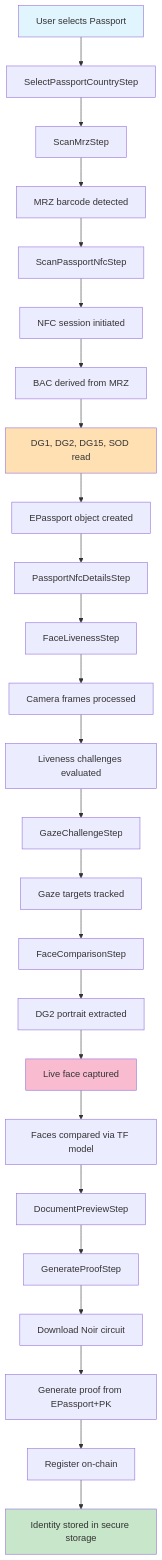
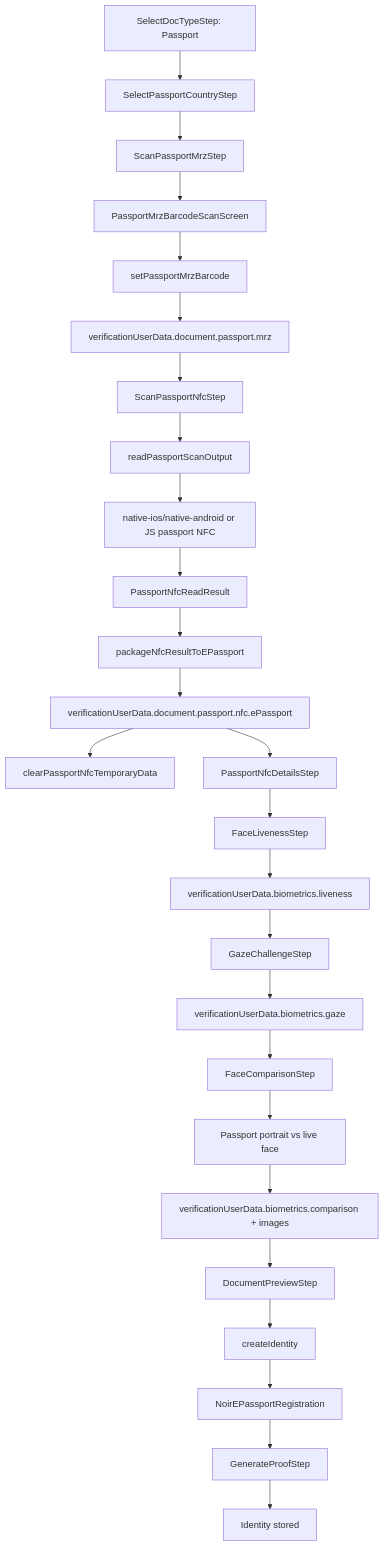
One commit to jomhoor/Jomhoor-wallet changed the first of 2 diagrams in dev-docs/verification-data-flow-audit.md. Above: the diagram before and after it, drawn with Mermaid. The commit also changed other lines of this file and 1 other file, not shown here.

Commit message:
doc - provide required info to proof generator

````diff
--- a/dev-docs/verification-data-flow-audit.md
+++ b/dev-docs/verification-data-flow-audit.md
@@ -221,36 +102,30 @@
 ```mermaid
 graph TD
-    A["User selects Passport"] --> B["SelectPassportCountryStep"]
-    B --> C["ScanMrzStep"]
-    C --> C1["MRZ barcode detected"]
-    C1 --> D["ScanPassportNfcStep"]
+    A["SelectDocTypeStep: Passport"] --> B["SelectPassportCountryStep"]
+    B --> C["ScanPassportMrzStep"]
+    C --> C1["PassportMrzBarcodeScanScreen"]
+    C1 --> C2["setPassportMrzBarcode"]
+    C2 --> C3["verificationUserData.document.passport.mrz"]
+    C3 --> D["ScanPassportNfcStep"]
 
-    D --> D1["NFC session initiated"]
-    D1 --> D2["BAC derived from MRZ"]
-    D2 --> D3["DG1, DG2, DG15, SOD read"]
-    D3 --> D4["EPassport object created"]
-    D4 --> E["PassportNfcDetailsStep"]
+    D --> D1["readPassportScanOutput"]
+    D1 --> D2["native-ios/native-android or JS passport NFC"]
+    D2 --> D3["PassportNfcReadResult"]
+    D3 --> D4["packageNfcResultToEPassport"]
+    D4 --> D5["verificationUserData.document.passport.nfc.ePassport"]
+    D5 --> D6["clearPassportNfcTemporaryData"]
+    D5 --> E["PassportNfcDetailsStep"]
 
     E --> F["FaceLivenessStep"]
-    F --> F1["Camera frames processed"]
-    F1 --> F2["Liveness challenges evaluated"]
-    F2 --> G["GazeChallengeStep"]
-
-    G --> G1["Gaze targets tracked"]
+    F --> F1["verificationUserData.biometrics.liveness"]
+    F1 --> G["GazeChallengeStep"]
+    G --> G1["verificationUserData.biometrics.gaze"]
     G1 --> H["FaceComparisonStep"]
-    H --> H1["DG2 portrait extracted"]
-    H1 --> H2["Live face captured"]
-    H2 --> H3["Faces compared via TF model"]
-    H3 --> I["DocumentPreviewStep"]
-
-    I --> J["GenerateProofStep"]
-    J --> J1["Download Noir circuit"]
-    J1 --> J2["Generate proof from EPassport+PK"]
-    J2 --> J3["Register on-chain"]
-    J3 --> K["Identity stored in secure storage"]
-
-    style A fill:#e1f5ff
-    style K fill:#c8e6c9
-    style D3 fill:#ffe0b2
-    style H2 fill:#f8bbd0
+    H --> H1["Passport portrait vs live face"]
+    H1 --> H2["verificationUserData.biometrics.comparison + images"]
+    H2 --> I["DocumentPreviewStep"]
+    I --> J["createIdentity"]
+    J --> J1["NoirEPassportRegistration"]
+    J1 --> J2["GenerateProofStep"]
+    J2 --> J3["Identity stored"]
 ```
````
